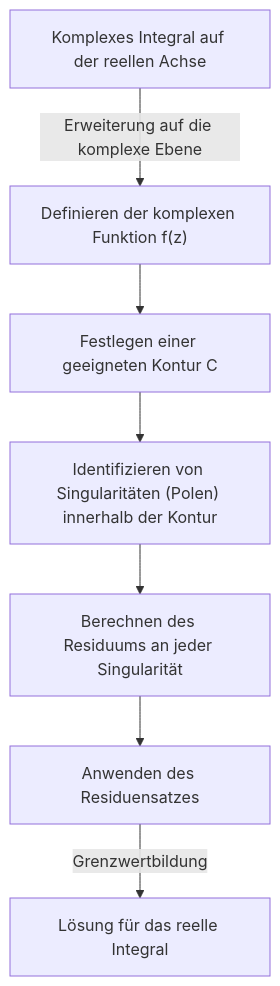
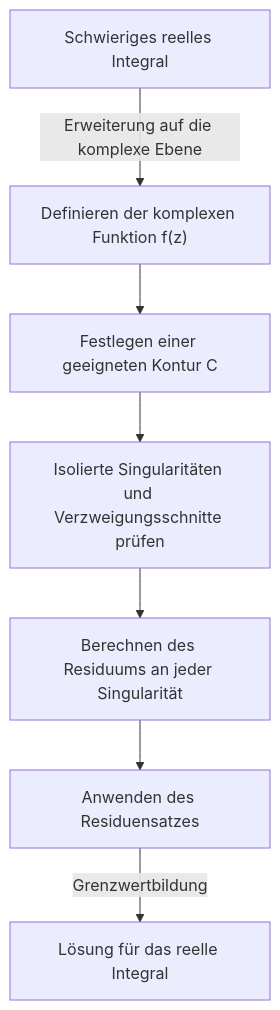
One commit to kenjinote/blog changed the first of 3 diagrams in content/post/residue-theorem/index.de.md. Above: the diagram before and after it, drawn with Mermaid. The commit also changed other lines of this file and 8 other files, not shown here.

````diff
--- a/content/post/residue-theorem/index.de.md
+++ b/content/post/residue-theorem/index.de.md
@@ -33,9 +34,9 @@
 ```mermaid
 flowchart TD
-    A["Komplexes Integral auf der reellen Achse"] -->|"Erweiterung auf die komplexe Ebene"| B["Definieren der komplexen Funktion f(z)"]
+    A["Schwieriges reelles Integral"] -->|"Erweiterung auf die komplexe Ebene"| B["Definieren der komplexen Funktion f(z)"]
     B --> C["Festlegen einer geeigneten Kontur C"]
-    C --> D["Identifizieren von Singularitäten (Polen) innerhalb der Kontur"]
+    C --> D["Isolierte Singularitäten und Verzweigungsschnitte prüfen"]
     D --> E["Berechnen des Residuums an jeder Singularität"]
     E --> F["Anwenden des Residuensatzes"]
     F -->|"Grenzwertbildung"| G["Lösung für das reelle Integral"]
 ```
````
